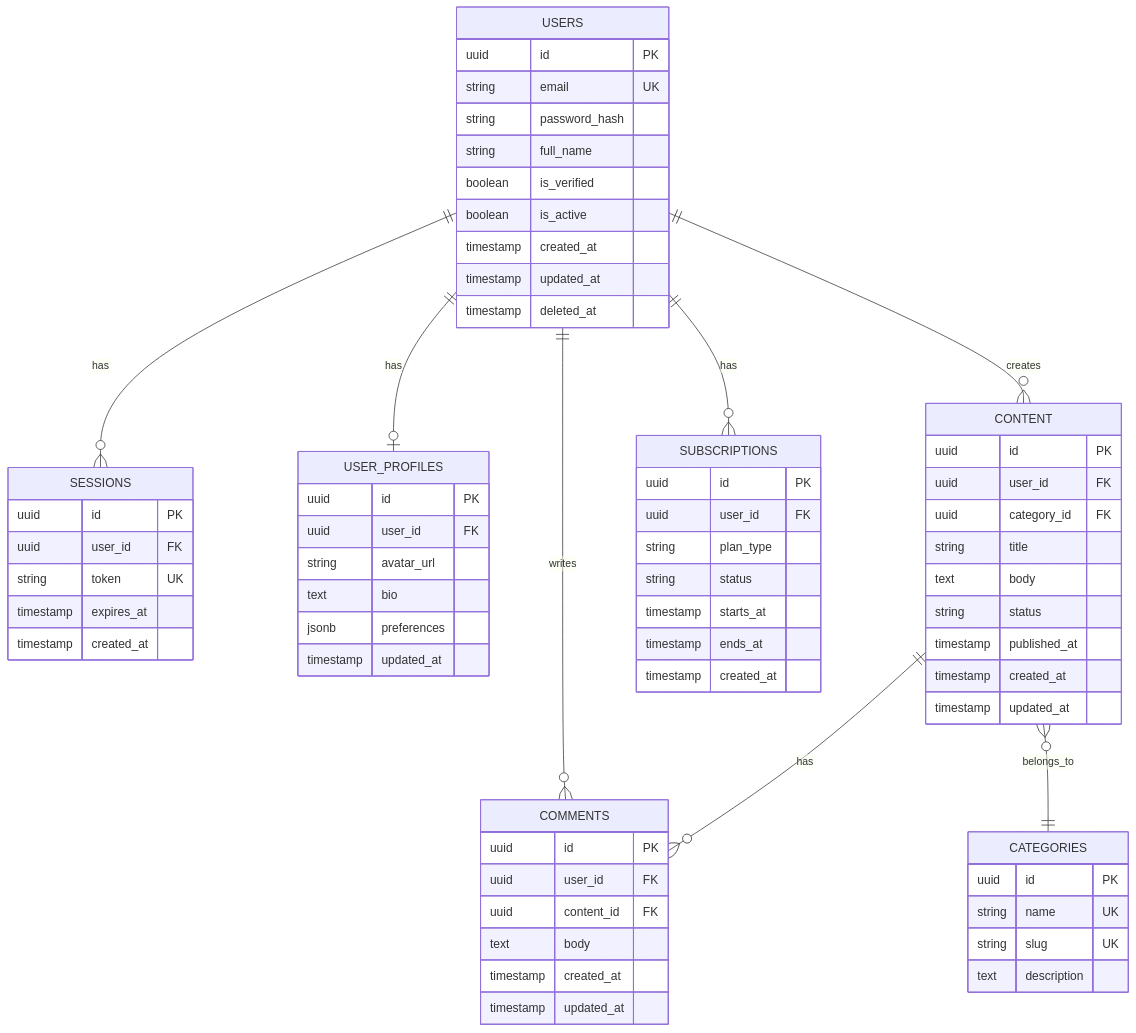
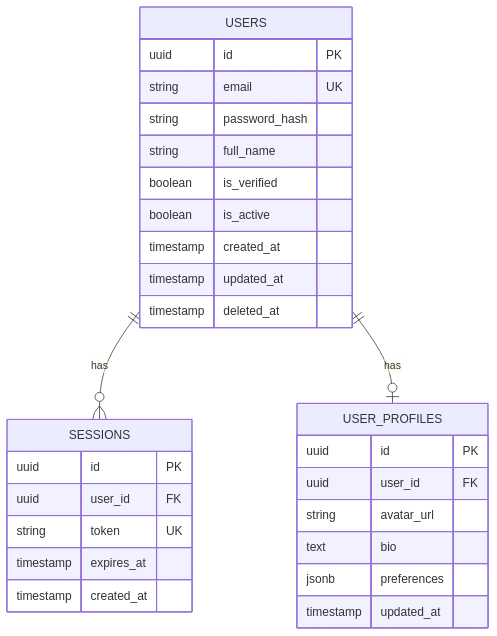
One commit to DeveshNegi123/Template changed the third of 3 diagrams in Template/Documentation/LLD.md. Above: the diagram before and after it, drawn with Mermaid. The commit also changed other lines of this file, not shown here.

````diff
--- a/Template/Documentation/LLD.md
+++ b/Template/Documentation/LLD.md
@@ -538,77 +387,34 @@
 ```mermaid
 erDiagram
     USERS ||--o{ SESSIONS : has
     USERS ||--o| USER_PROFILES : has
-    USERS ||--o{ CONTENT : creates
-    USERS ||--o{ COMMENTS : writes
-    CONTENT ||--o{ COMMENTS : has
-    CONTENT }o--|| CATEGORIES : belongs_to
-    USERS ||--o{ SUBSCRIPTIONS : has
     
     USERS {
         uuid id PK
         string email UK
         string password_hash
         string full_name
         boolean is_verified
         boolean is_active
         timestamp created_at
         timestamp updated_at
         timestamp deleted_at
     }
     
     SESSIONS {
         uuid id PK
         uuid user_id FK
         string token UK
         timestamp expires_at
         timestamp created_at
     }
     
     USER_PROFILES {
         uuid id PK
         uuid user_id FK
         string avatar_url
         text bio
         jsonb preferences
         timestamp updated_at
     }
-    
-    CONTENT {
-        uuid id PK
-        uuid user_id FK
-        uuid category_id FK
-        string title
-        text body
-        string status
-        timestamp published_at
-        timestamp created_at
-        timestamp updated_at
-    }
-    
-    COMMENTS {
-        uuid id PK
-        uuid user_id FK
-        uuid content_id FK
-        text body
-        timestamp created_at
-        timestamp updated_at
-    }
-    
-    CATEGORIES {
-        uuid id PK
-        string name UK
-        string slug UK
-        text description
-    }
-    
-    SUBSCRIPTIONS {
-        uuid id PK
-        uuid user_id FK
-        string plan_type
-        string status
-        timestamp starts_at
-        timestamp ends_at
-        timestamp created_at
-    }
 ```
````
